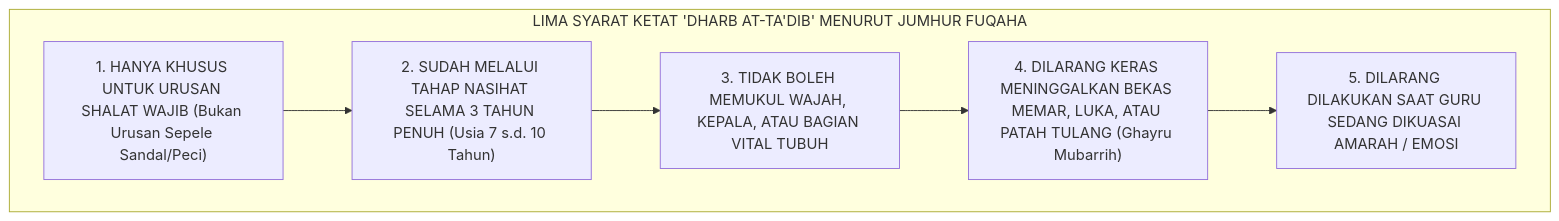
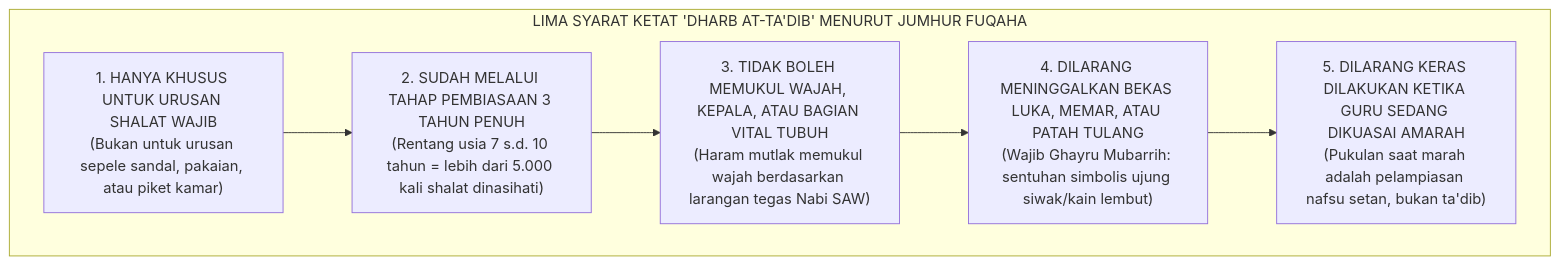
The first of 2 diagrams in BOOK-SERIES/Volume-01/Bab-07-Aksiologi-dan-Maqashid-Syariah-Pengasuhan/04-Eliminasi-Hukuman-Fisik-secara-Fiqhiyyah.md (wandiapriliyandi/tumbuh), drawn with Mermaid before and after one commit. The commit also changed other lines of this file and 24 other files, not shown here.

Commit message:
feat(book-01): perkaya dan perdalam seluruh isi subbab bab 02 s.d. 07 dengan elaborasi komprehensif, analisis mendalam, dan diagram alur lengkap

````diff
--- a/BOOK-SERIES/Volume-01/Bab-07-Aksiologi-dan-Maqashid-Syariah-Pengasuhan/04-Eliminasi-Hukuman-Fisik-secara-Fiqhiyyah.md
+++ b/BOOK-SERIES/Volume-01/Bab-07-Aksiologi-dan-Maqashid-Syariah-Pengasuhan/04-Eliminasi-Hukuman-Fisik-secara-Fiqhiyyah.md
@@ -21,12 +21,12 @@
 ```mermaid
 graph TD
     subgraph SyaratFiqih["LIMA SYARAT KETAT 'DHARB AT-TA'DIB' MENURUT JUMHUR FUQAHA"]
-        S1["1. HANYA KHUSUS UNTUK URUSAN SHALAT WAJIB (Bukan Urusan Sepele Sandal/Peci)"]
-        S2["2. SUDAH MELALUI TAHAP NASIHAT SELAMA 3 TAHUN PENUH (Usia 7 s.d. 10 Tahun)"]
-        S3["3. TIDAK BOLEH MEMUKUL WAJAH, KEPALA, ATAU BAGIAN VITAL TUBUH"]
-        S4["4. DILARANG KERAS MENINGGALKAN BEKAS MEMAR, LUKA, ATAU PATAH TULANG (Ghayru Mubarrih)"]
-        S5["5. DILARANG DILAKUKAN SAAT GURU SEDANG DIKUASAI AMARAH / EMOSI"]
+        S1["1. HANYA KHUSUS UNTUK URUSAN SHALAT WAJIB<br/>(Bukan untuk urusan sepele sandal, pakaian, atau piket kamar)"]
+        S2["2. SUDAH MELALUI TAHAP PEMBIASAAN 3 TAHUN PENUH<br/>(Rentang usia 7 s.d. 10 tahun = lebih dari 5.000 kali shalat dinasihati)"]
+        S3["3. TIDAK BOLEH MEMUKUL WAJAH, KEPALA, ATAU BAGIAN VITAL TUBUH<br/>(Haram mutlak memukul wajah berdasarkan larangan tegas Nabi SAW)"]
+        S4["4. DILARANG MENINGGALKAN BEKAS LUKA, MEMAR, ATAU PATAH TULANG<br/>(Wajib Ghayru Mubarrih: sentuhan simbolis ujung siwak/kain lembut)"]
+        S5["5. DILARANG KERAS DILAKUKAN KETIKA GURU SEDANG DIKUASAI AMARAH<br/>(Pukulan saat marah adalah pelampiasan nafsu setan, bukan ta'dib)"]
         
         S1 --> S2 --> S3 --> S4 --> S5
     end
 ```
````
